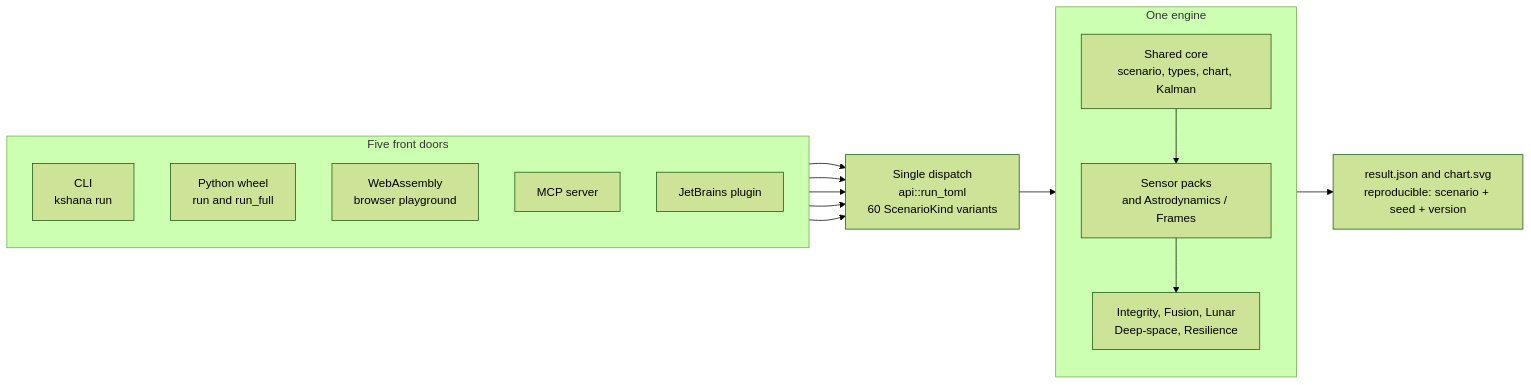
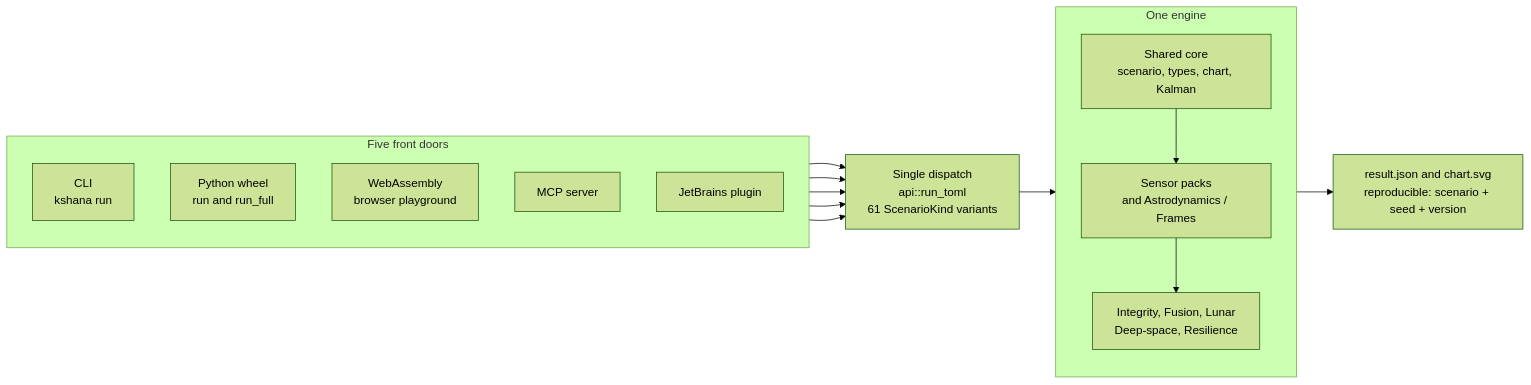
One commit to ashfordeOU/kshana changed the diagram in docs/diagrams/system-overview.mmd. Above: the diagram before and after it, drawn with Mermaid (forest theme). The commit also changed 33 other files, not shown here.

```diff
--- a/docs/diagrams/system-overview.mmd
+++ b/docs/diagrams/system-overview.mmd
@@ -1,31 +1,31 @@
 flowchart LR
     subgraph DOORS[Five front doors]
         direction TB
         CLI[CLI<br/>kshana run]
         PY[Python wheel<br/>run and run_full]
         WASM[WebAssembly<br/>browser playground]
         MCP[MCP server]
         IDE[JetBrains plugin]
     end
 
-    DISPATCH[Single dispatch<br/>api::run_toml<br/>60 ScenarioKind variants]
+    DISPATCH[Single dispatch<br/>api::run_toml<br/>61 ScenarioKind variants]
 
     subgraph ENGINE[One engine]
         direction TB
         CORE[Shared core<br/>scenario, types, chart, Kalman]
         PACKS[Sensor packs<br/>and Astrodynamics / Frames]
         DOMAIN[Integrity, Fusion, Lunar<br/>Deep-space, Resilience]
         CORE --> PACKS
         PACKS --> DOMAIN
     end
 
     OUT[result.json and chart.svg<br/>reproducible: scenario + seed + version]
 
     CLI --> DISPATCH
     PY --> DISPATCH
     WASM --> DISPATCH
     MCP --> DISPATCH
     IDE --> DISPATCH
 
     DISPATCH --> ENGINE
     ENGINE --> OUT
```
